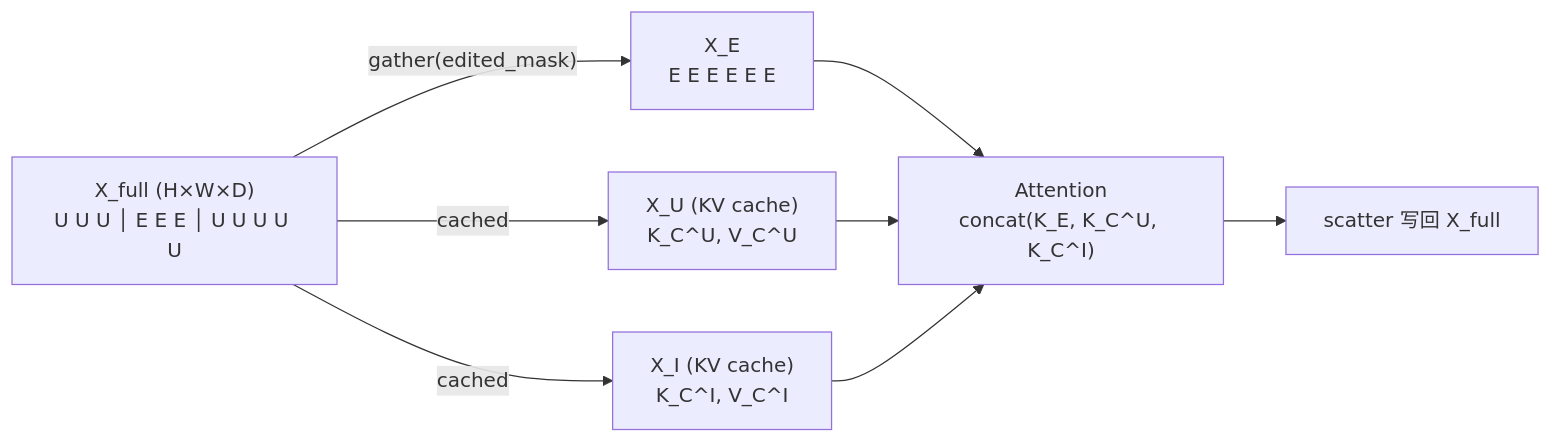
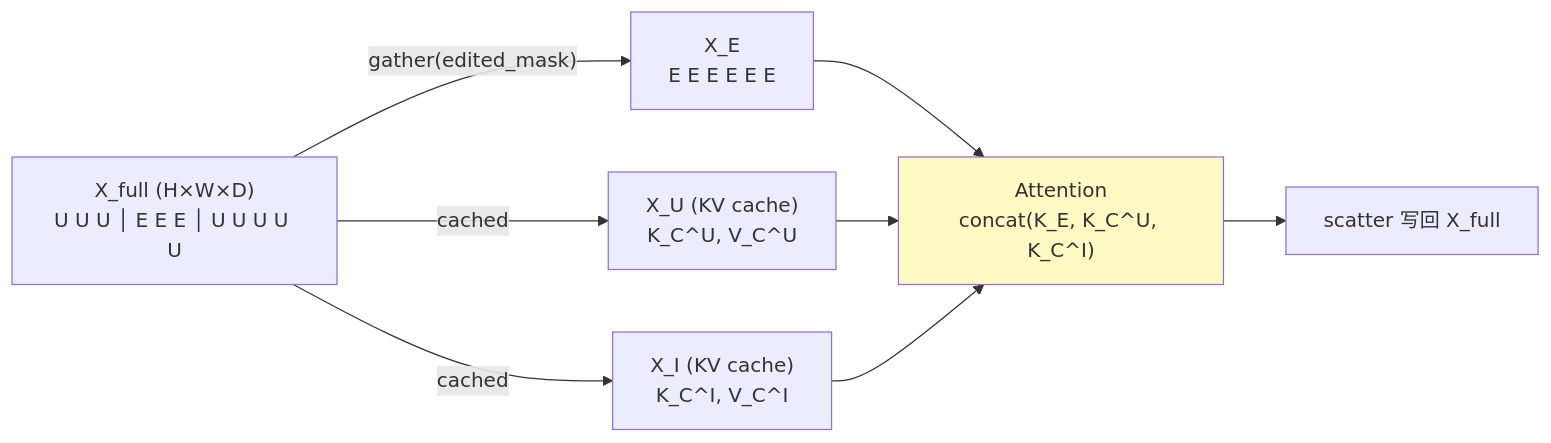
Before and after one commit to yikox/mynote: the seventh of 7 diagrams in 预研/RegionE图像编辑.md, drawn with Mermaid. The commit also changed other lines of this file, not shown here.

Commit message:
[AI] Update: 预研/RegionE图像编辑.md

````diff
--- a/预研/RegionE图像编辑.md
+++ b/预研/RegionE图像编辑.md
@@ -287,11 +398,13 @@
 ```mermaid
 flowchart LR
     A["X_full (H×W×D)<br/>U U U │ E E E │ U U U U U"]
     A -->|"gather(edited_mask)"| B["X_E<br/>E E E E E E"]
     A -->|"cached"| C["X_U (KV cache)<br/>K_C^U, V_C^U"]
     A -->|"cached"| D["X_I (KV cache)<br/>K_C^I, V_C^I"]
     B --> E["Attention<br/>concat(K_E, K_C^U, K_C^I)"]
     C --> E
     D --> E
     E --> F["scatter 写回 X_full"]
+
+    style E fill:#fff9c4
 ```
````
